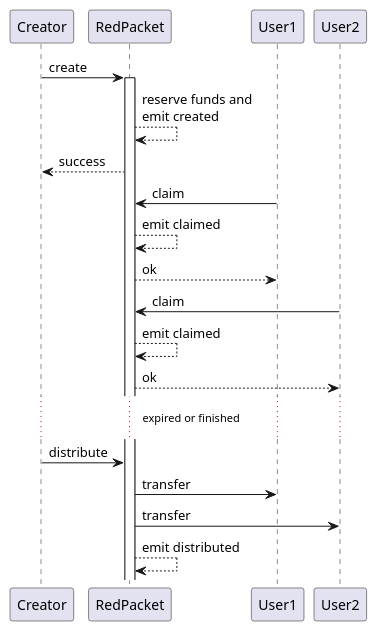
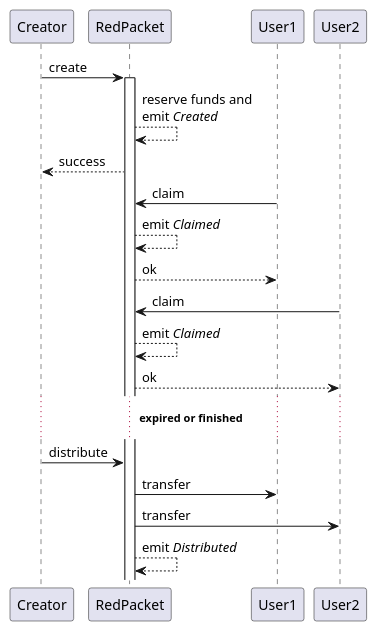
Before and after one commit to yxf/substrate-redpacket: the diagram in seq.puml, drawn with PlantUML. The commit also changed 1 other file, not shown here.

```diff
--- a/seq.puml
+++ b/seq.puml
@@ -1,22 +1,22 @@
 @startuml
 Creator->RedPacket: create
 activate RedPacket
-RedPacket-->RedPacket: reserve funds and \nemit created
+RedPacket-->RedPacket: reserve funds and \nemit //Created//
 Creator<--RedPacket: success
 
 RedPacket<-User1: claim
-RedPacket-->RedPacket: emit claimed
+RedPacket-->RedPacket: emit //Claimed//
 RedPacket-->User1: ok
 
 RedPacket<-User2: claim
-RedPacket-->RedPacket: emit claimed
+RedPacket-->RedPacket: emit //Claimed//
 RedPacket-->User2: ok
 
-...expired or finished...
+... **expired or finished** ...
 
 Creator -> RedPacket: distribute
 RedPacket -> User1: transfer
 RedPacket -> User2: transfer
-RedPacket-->RedPacket: emit distributed
+RedPacket-->RedPacket: emit //Distributed//
 
 @enduml
```
